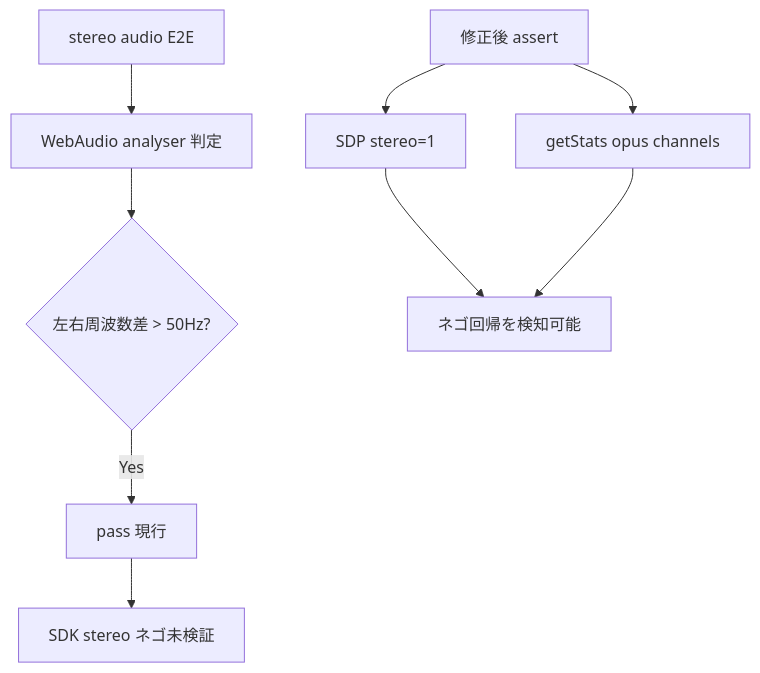
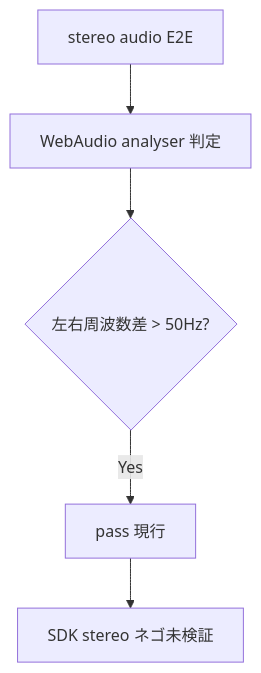
Before and after one commit to shiguredo/sora-js-sdk: the diagram in issues/0029-test-fix-stereo-audio-test-cannot-detect-regression.md, drawn with Mermaid. The commit also changed other lines of this file and 33 other files, not shown here.

````diff
--- a/issues/0029-test-fix-stereo-audio-test-cannot-detect-regression.md
+++ b/issues/0029-test-fix-stereo-audio-test-cannot-detect-regression.md
@@ -24,11 +28,7 @@
 ```mermaid
 flowchart TD
     A[stereo audio E2E] --> B[WebAudio analyser 判定]
     B --> C{左右周波数差 > 50Hz?}
     C -->|Yes| D[pass 現行]
     D --> E[SDK stereo ネゴ未検証]
-    F[修正後 assert] --> G[SDP stereo=1]
-    F --> H[getStats opus channels]
-    G --> I[ネゴ回帰を検知可能]
-    H --> I
 ```
````
